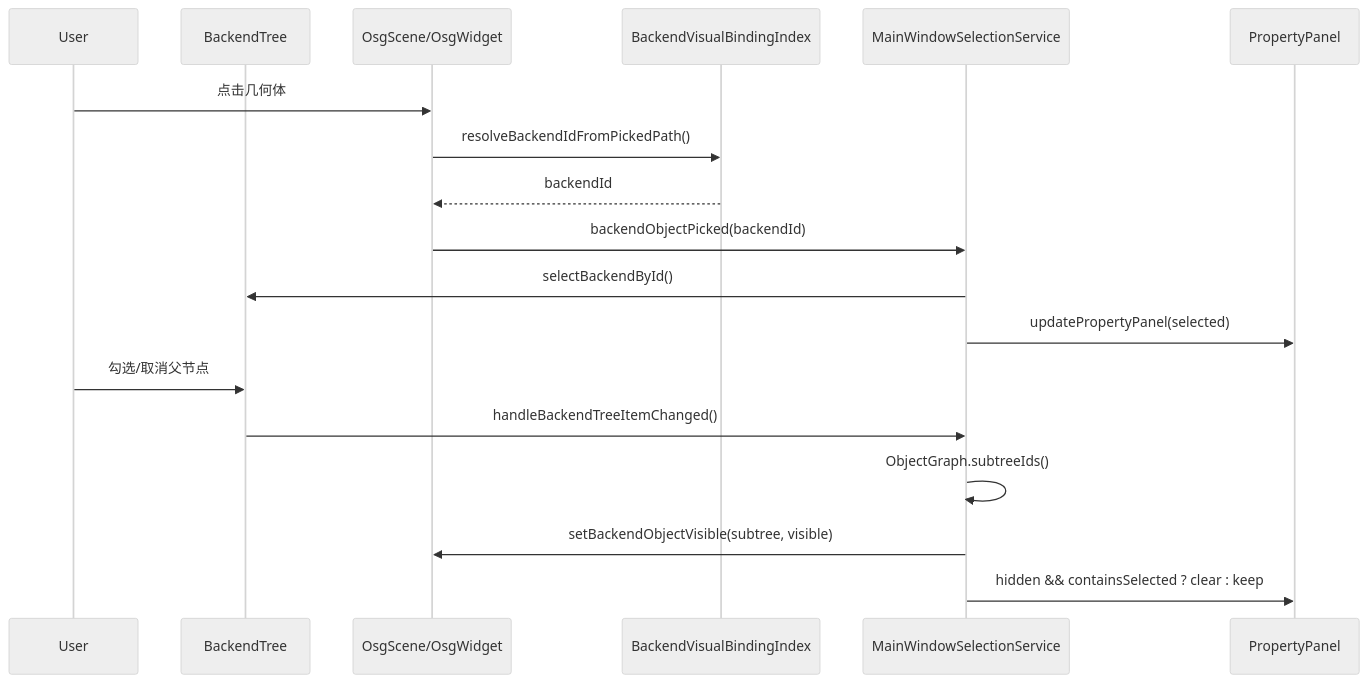
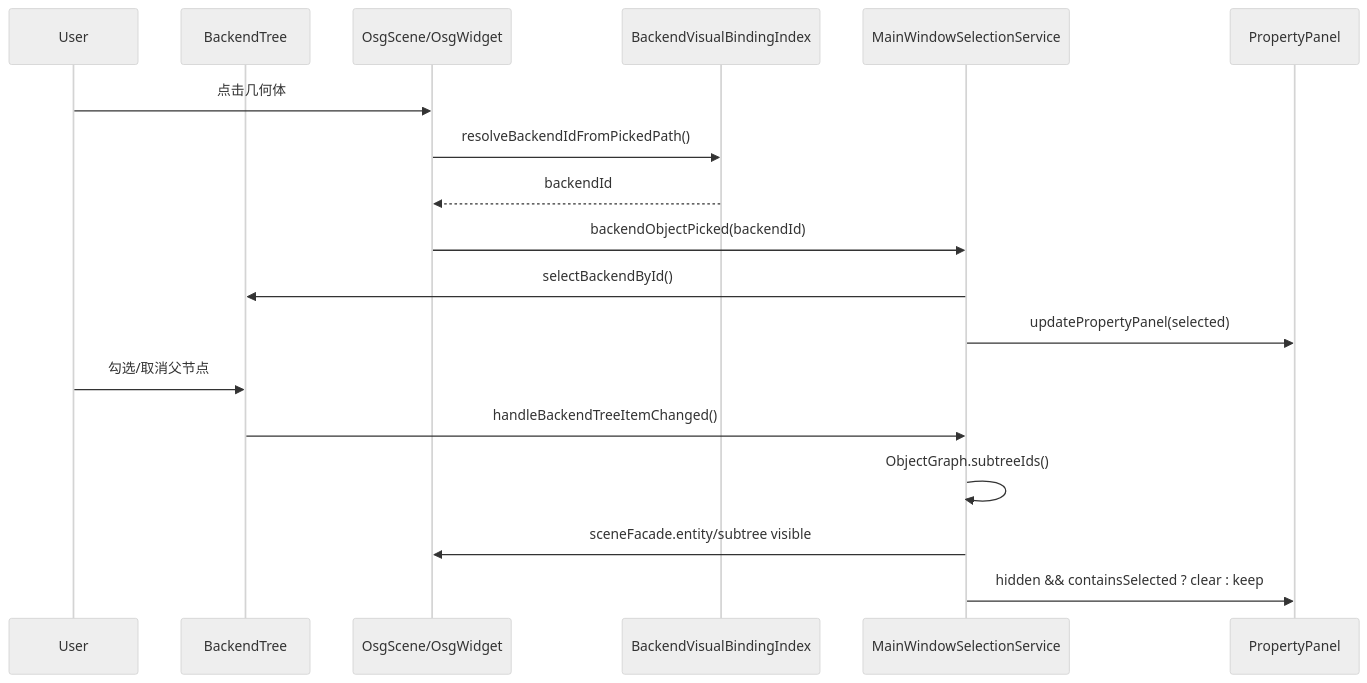
The fourth of 4 diagrams in ARCHITECTURE_SUMMARY.md (sanmunejdn/CloudSim), drawn with Mermaid (neutral theme) before and after one commit. The commit also changed other lines of this file and 72 other files, not shown here.

````diff
--- a/ARCHITECTURE_SUMMARY.md
+++ b/ARCHITECTURE_SUMMARY.md
@@ -249,22 +357,22 @@
 ```mermaid
 sequenceDiagram
     participant User as User
     participant Tree as BackendTree
     participant Osg as OsgScene/OsgWidget
     participant Bind as BackendVisualBindingIndex
     participant Sel as MainWindowSelectionService
     participant UI as PropertyPanel
 
     User->>Osg: 点击几何体
     Osg->>Bind: resolveBackendIdFromPickedPath()
     Bind-->>Osg: backendId
     Osg->>Sel: backendObjectPicked(backendId)
     Sel->>Tree: selectBackendById()
     Sel->>UI: updatePropertyPanel(selected)
 
     User->>Tree: 勾选/取消父节点
     Tree->>Sel: handleBackendTreeItemChanged()
     Sel->>Sel: ObjectGraph.subtreeIds()
-    Sel->>Osg: setBackendObjectVisible(subtree, visible)
+    Sel->>Osg: sceneFacade.entity/subtree visible
     Sel->>UI: hidden && containsSelected ? clear : keep
 ```
````
